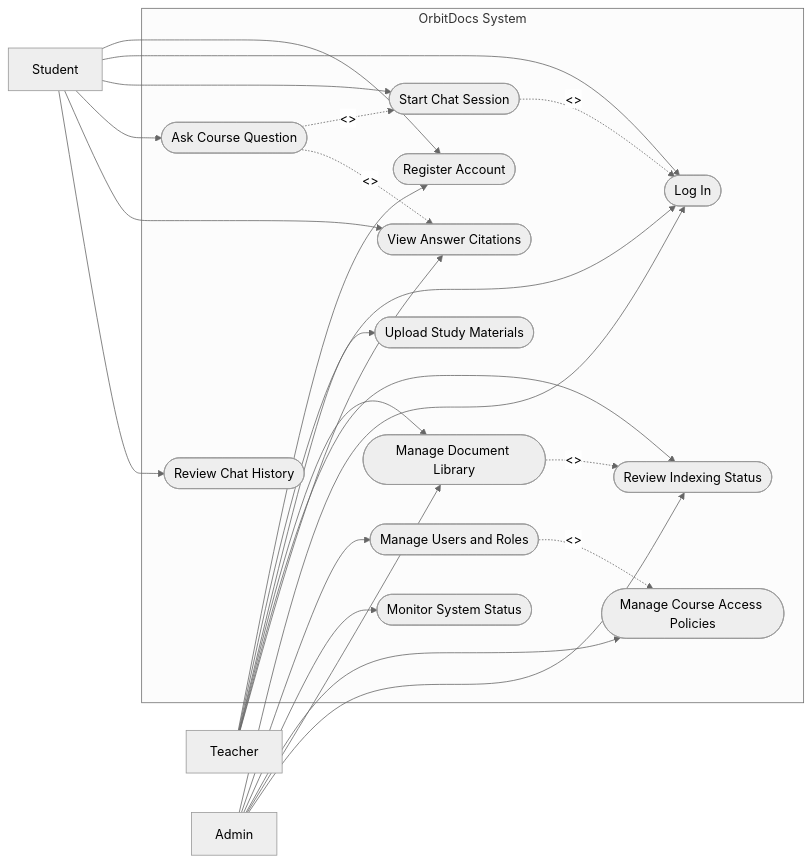
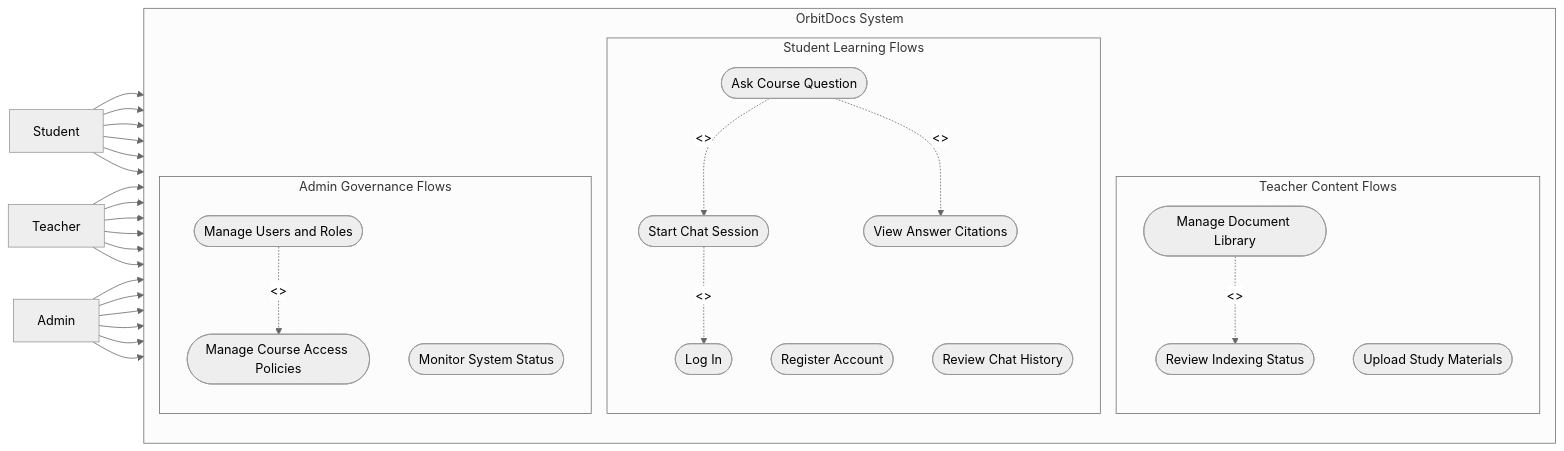
One commit to NhatNamNQ/SWD392-GROUP6 changed the diagram in docs/architecture/use-case-diagram.md. Above: the diagram before and after it, drawn with Mermaid (neutral theme). The commit also changed 94 other files, not shown here.

````diff
--- a/docs/architecture/use-case-diagram.md
+++ b/docs/architecture/use-case-diagram.md
@@ -29,48 +29,58 @@
 ```mermaid
 flowchart LR
     Student[Student]
     Teacher[Teacher]
     Admin[Admin]
 
     subgraph OrbitDocs["OrbitDocs System"]
-        UC1([Register Account])
-        UC2([Log In])
-        UC3([Start Chat Session])
-        UC4([Ask Course Question])
-        UC5([View Answer Citations])
-        UC6([Review Chat History])
-        UC7([Upload Study Materials])
-        UC8([Manage Document Library])
-        UC9([Review Indexing Status])
-        UC10([Manage Users and Roles])
-        UC11([Monitor System Status])
-        UC12([Manage Course Access Policies])
+        direction TB
+
+        subgraph StudentUC["Student Learning Flows"]
+            UC1([Register Account])
+            UC2([Log In])
+            UC3([Start Chat Session])
+            UC4([Ask Course Question])
+            UC5([View Answer Citations])
+            UC6([Review Chat History])
+        end
+
+        subgraph TeacherUC["Teacher Content Flows"]
+            UC7([Upload Study Materials])
+            UC8([Manage Document Library])
+            UC9([Review Indexing Status])
+        end
+
+        subgraph AdminUC["Admin Governance Flows"]
+            UC10([Manage Users and Roles])
+            UC11([Monitor System Status])
+            UC12([Manage Course Access Policies])
+        end
     end
 
     Student --> UC1
     Student --> UC2
     Student --> UC3
     Student --> UC4
     Student --> UC5
     Student --> UC6
 
     Teacher --> UC1
     Teacher --> UC2
     Teacher --> UC7
     Teacher --> UC8
     Teacher --> UC9
     Teacher --> UC5
 
     Admin --> UC2
+    Admin --> UC8
+    Admin --> UC9
     Admin --> UC10
     Admin --> UC11
     Admin --> UC12
-    Admin --> UC8
-    Admin --> UC9
 
     UC3 -. "<<include>>" .-> UC2
     UC4 -. "<<include>>" .-> UC3
     UC4 -. "<<include>>" .-> UC5
     UC8 -. "<<include>>" .-> UC9
     UC10 -. "<<include>>" .-> UC12
 ```
````
